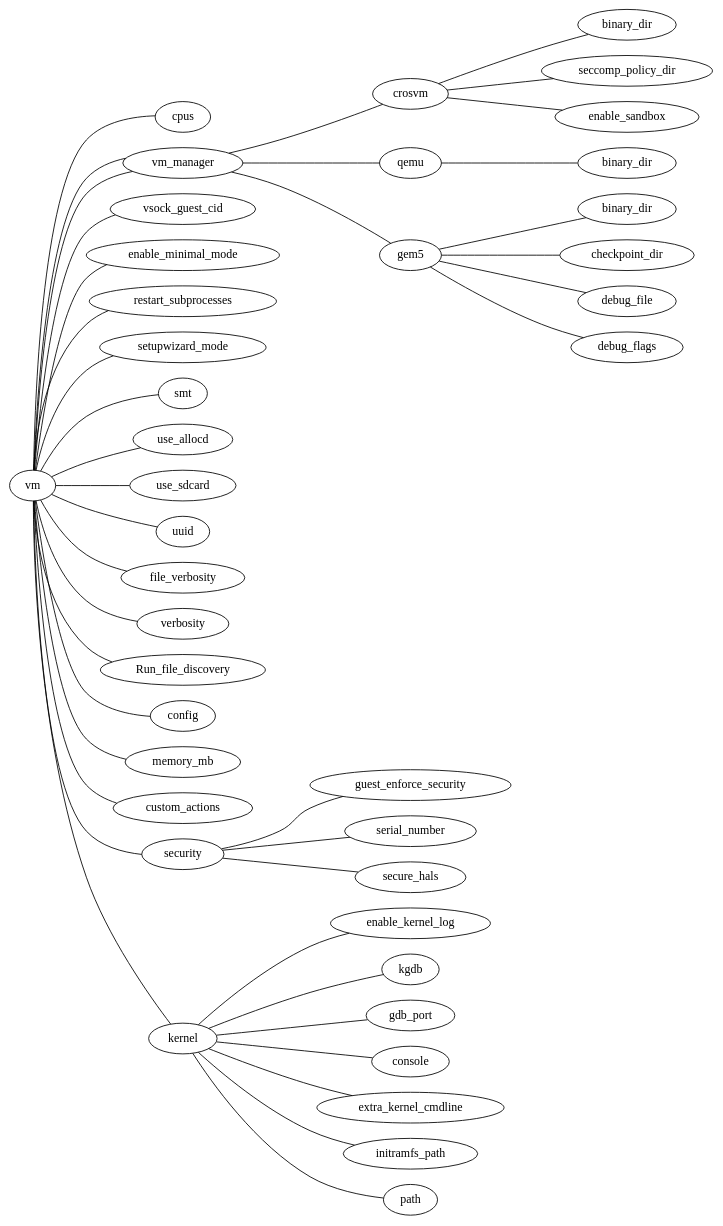
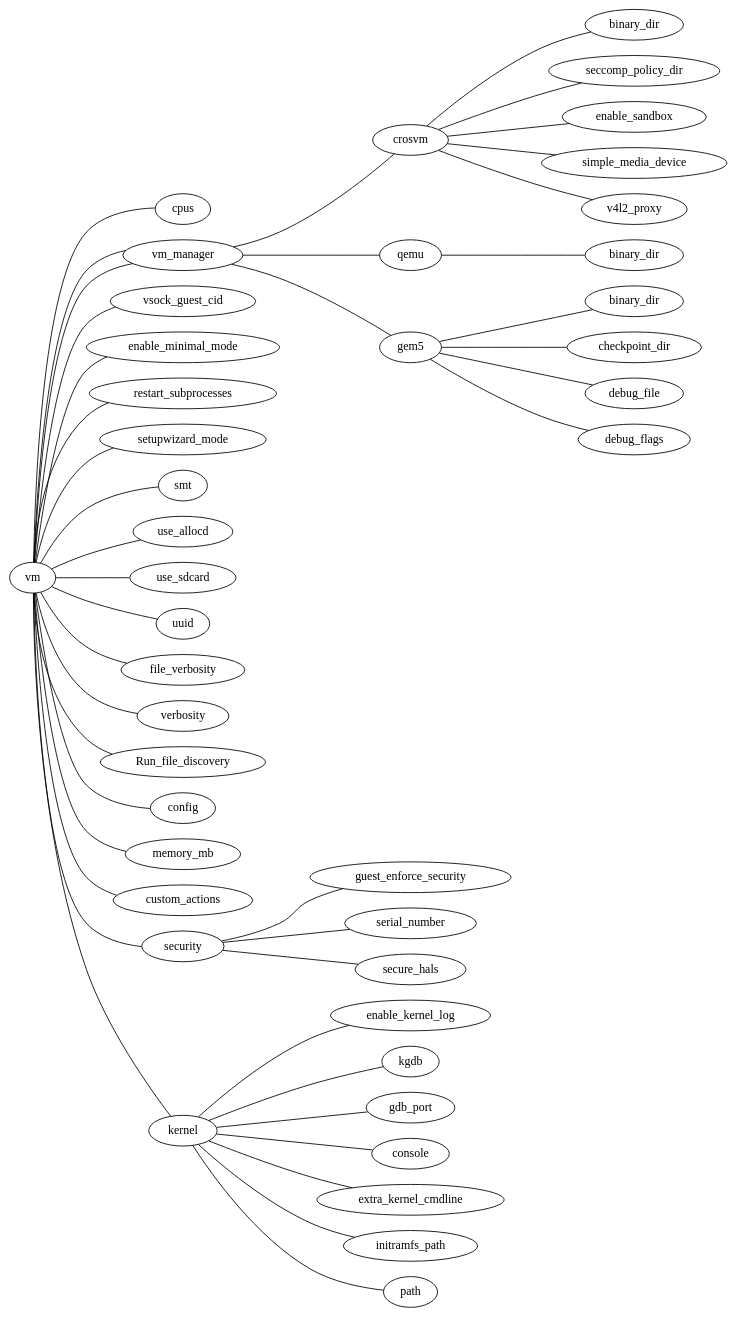
Before and after one commit to google/android-cuttlefish: the diagram in base/cvd/cuttlefish/host/commands/cvd/cli/parser/doc/vm.dot, drawn with Graphviz. The commit also changed 6 other files, not shown here.

```diff
--- a/base/cvd/cuttlefish/host/commands/cvd/cli/parser/doc/vm.dot
+++ b/base/cvd/cuttlefish/host/commands/cvd/cli/parser/doc/vm.dot
@@ -1,47 +1,49 @@
 graph {
   rankdir=LR
     vm--cpus
     vm--vm_manager
     vm--vsock_guest_cid
     vm--enable_minimal_mode
     vm--restart_subprocesses
     vm--setupwizard_mode
     vm--smt
     vm--use_allocd
     vm--use_sdcard
     vm--uuid
     vm--file_verbosity
     vm--verbosity
     vm--Run_file_discovery
     vm--config
     vm--memory_mb
     vm--custom_actions
     vm--vm_manager
         crosvm_binary_dir [label = "binary_dir"]
         qemu_binary_dir [label = "binary_dir"]
         gem5_binary_dir [label = "binary_dir"]
 
         vm_manager--crosvm
             crosvm--crosvm_binary_dir
             crosvm--seccomp_policy_dir
             crosvm--enable_sandbox
+            crosvm--simple_media_device
+            crosvm--v4l2_proxy
         vm_manager--qemu
             qemu--qemu_binary_dir
         vm_manager--gem5
             gem5--gem5_binary_dir
             gem5--checkpoint_dir
             gem5--debug_file
             gem5--debug_flags
     vm--security
         security--guest_enforce_security
         security--serial_number
         security--secure_hals
     vm--kernel
         kernel--enable_kernel_log
         kernel--kgdb
         kernel--gdb_port
         kernel--console
         kernel--extra_kernel_cmdline
         kernel--initramfs_path
         kernel--path
 }
```
